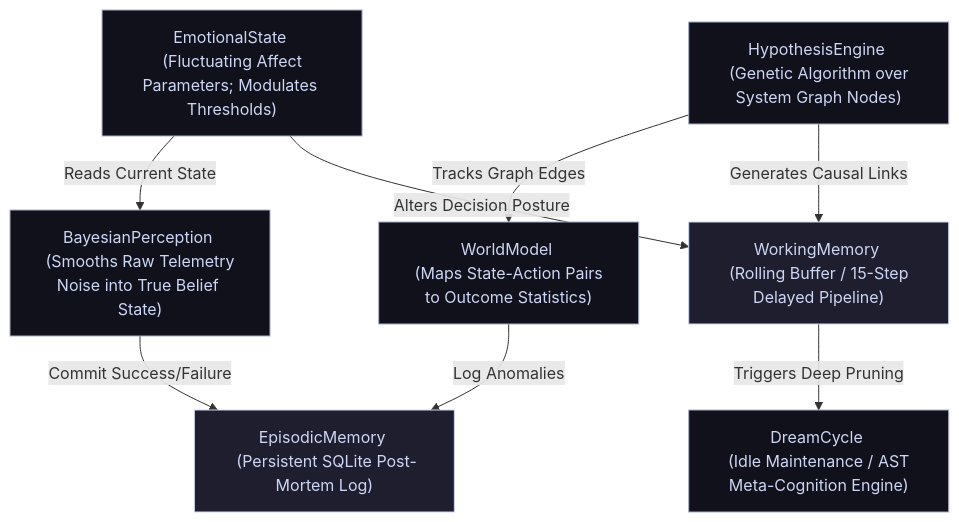
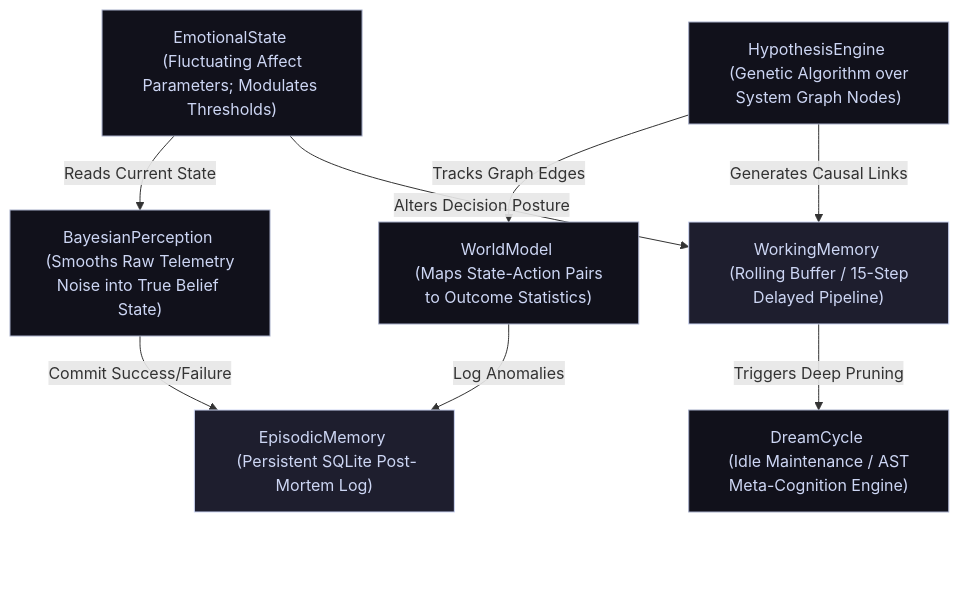
The diagram in README.md (mematron/Minuet), drawn with Mermaid before and after one commit.

````diff
--- a/README.md
+++ b/README.md
@@ -38,24 +38,29 @@
 ```mermaid
 graph TD
     %% Styling Configuration
     classDef default fill:#11111b,stroke:#a6adc8,stroke-width:1px,color:#cdd6f4;
     classDef memory fill:#1e1e2e,stroke:#cdd6f4,stroke-width:1px,color:#cdd6f4;
     
     EpisodicMemory["EpisodicMemory <br/> (Persistent SQLite Post-Mortem Log)"]:::memory
     BayesianPerception["BayesianPerception <br/> (Smooths Raw Telemetry Noise into True Belief State)"]
     WorldModel["WorldModel <br/> (Maps State-Action Pairs to Outcome Statistics)"]
     EmotionalState["EmotionalState <br/> (Fluctuating Affect Parameters; Modulates Thresholds)"]
     HypothesisEngine["HypothesisEngine <br/> (Genetic Algorithm over System Graph Nodes)"]
     WorkingMemory["WorkingMemory <br/> (Rolling Buffer / 15-Step Delayed Pipeline)"]:::memory
     DreamCycle["DreamCycle <br/> (Idle Maintenance / AST Meta-Cognition Engine)"]
+    Padding[" "]:::invisible
 
     %% Cognitive Framework Interconnections
     BayesianPerception -->|Commit Success/Failure| EpisodicMemory
     WorldModel -->|Log Anomalies| EpisodicMemory
     EmotionalState -->|Reads Current State| BayesianPerception
     HypothesisEngine -->|Tracks Graph Edges| WorldModel
     HypothesisEngine -->|Generates Causal Links| WorkingMemory
     EmotionalState -->|Alters Decision Posture| WorkingMemory
     WorkingMemory -->|Triggers Deep Pruning| DreamCycle
+    DreamCycle ~~~ Padding
+
+    classDef invisible fill:none,stroke:none,color:#0000;
+    linkStyle 7 stroke:none,stroke-width:0px;
 
 ```
````
